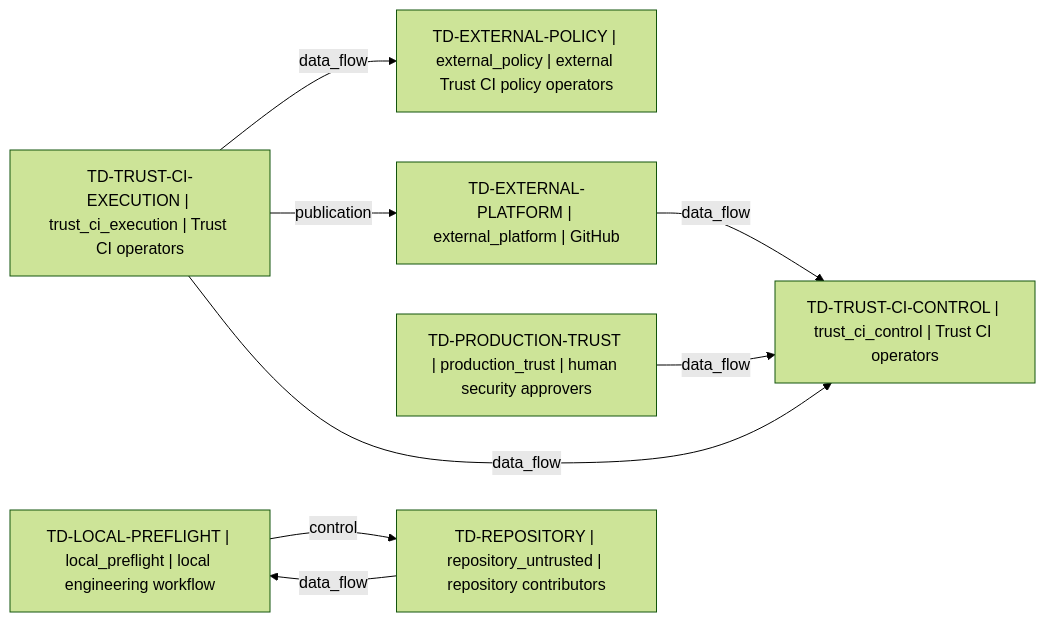
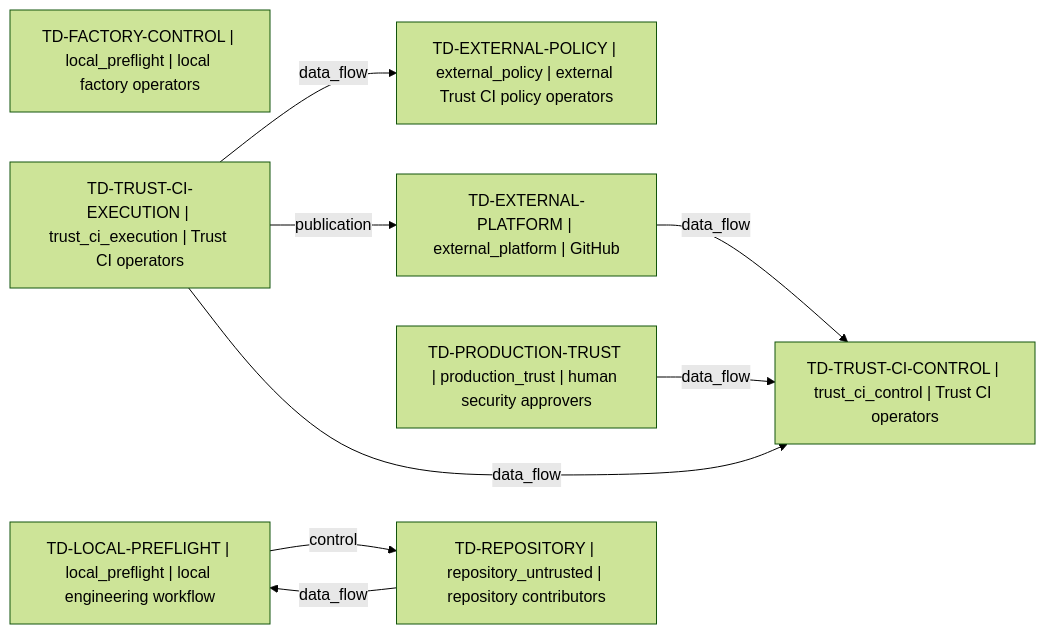
Before and after one commit to Dimkox/adaptive-grok-build-pro: the diagram in architecture/generated/context.mmd, drawn with Mermaid (forest theme). The commit also changed 8 other files, not shown here.

Commit message:
feat(factory): model isolated control plane

```diff
--- a/architecture/generated/context.mmd
+++ b/architecture/generated/context.mmd
@@ -1,15 +1,16 @@
 flowchart LR
   domain_96fb748595c57dce["TD-EXTERNAL-PLATFORM | external_platform | GitHub"]
   domain_ece8d94ff661d9fb["TD-EXTERNAL-POLICY | external_policy | external Trust CI policy operators"]
+  domain_c4152908c77524f2["TD-FACTORY-CONTROL | local_preflight | local factory operators"]
   domain_fa5ae843eb45e375["TD-LOCAL-PREFLIGHT | local_preflight | local engineering workflow"]
   domain_93c532f149d3e2d5["TD-PRODUCTION-TRUST | production_trust | human security approvers"]
   domain_734c10023f9857a2["TD-REPOSITORY | repository_untrusted | repository contributors"]
   domain_7f80d82d053144ab["TD-TRUST-CI-CONTROL | trust_ci_control | Trust CI operators"]
   domain_65e7aeb3bb37c460["TD-TRUST-CI-EXECUTION | trust_ci_execution | Trust CI operators"]
   domain_734c10023f9857a2 -->|"data_flow"| domain_fa5ae843eb45e375
   domain_96fb748595c57dce -->|"data_flow"| domain_7f80d82d053144ab
   domain_93c532f149d3e2d5 -->|"data_flow"| domain_7f80d82d053144ab
   domain_fa5ae843eb45e375 -->|"control"| domain_734c10023f9857a2
   domain_65e7aeb3bb37c460 -->|"data_flow"| domain_ece8d94ff661d9fb
   domain_65e7aeb3bb37c460 -->|"publication"| domain_96fb748595c57dce
   domain_65e7aeb3bb37c460 -->|"data_flow"| domain_7f80d82d053144ab
```
